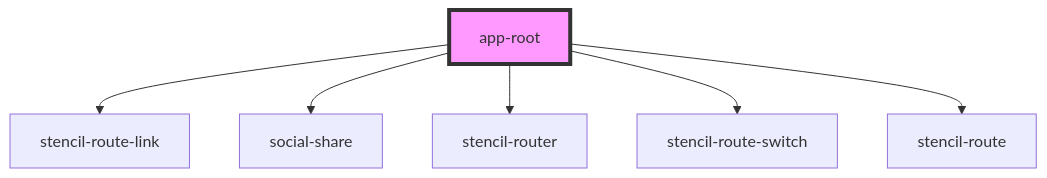
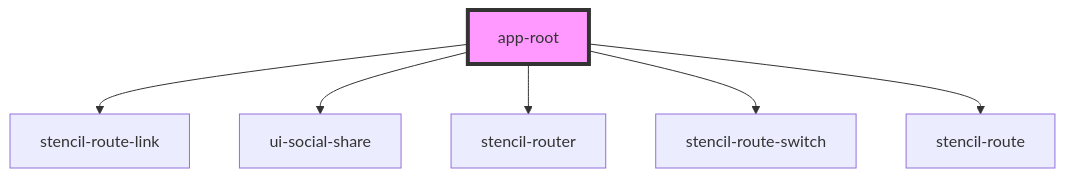
The diagram in site/src/components/app-root/readme.md (pizza-to-the-polls/power-the-polls), drawn with Mermaid before and after one commit. The commit also changed other lines of this file and 18 other files, not shown here.

````diff
--- a/site/src/components/app-root/readme.md
+++ b/site/src/components/app-root/readme.md
@@ -19,9 +19,9 @@
 ```mermaid
 graph TD;
   app-root --> stencil-route-link
-  app-root --> social-share
+  app-root --> ui-social-share
   app-root --> stencil-router
   app-root --> stencil-route-switch
   app-root --> stencil-route
   style app-root fill:#f9f,stroke:#333,stroke-width:4px
 ```
````
